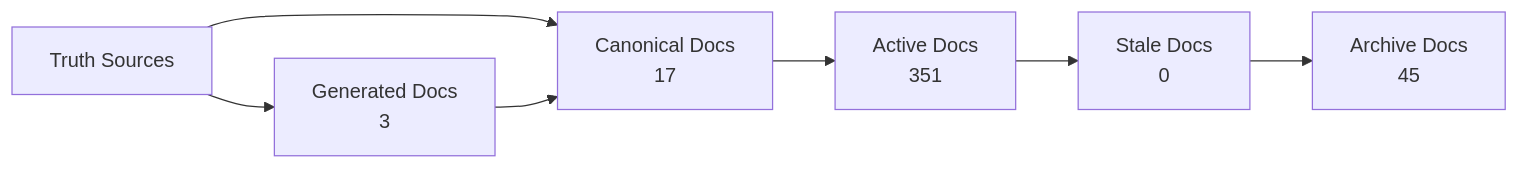
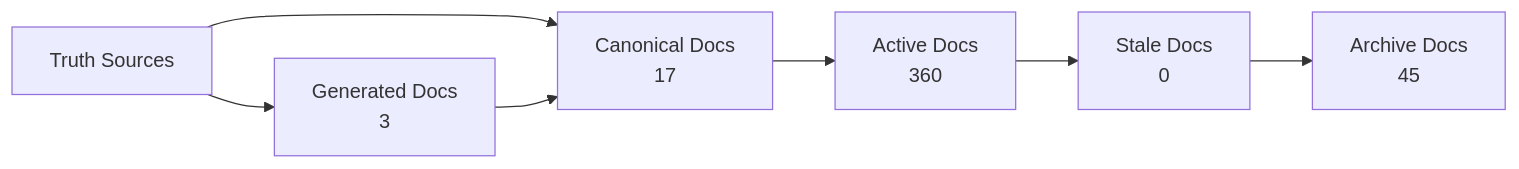
One commit to Latimer-Woods-Tech/Factory changed the diagram in docs/_generated/docs-trust-map.md. Above: the diagram before and after it, drawn with Mermaid. The commit also changed other lines of this file and 9 other files, not shown here.

````diff
--- a/docs/_generated/docs-trust-map.md
+++ b/docs/_generated/docs-trust-map.md
@@ -20,14 +20,14 @@
 ```mermaid
 flowchart LR
   truth["Truth Sources"] --> canonical["Canonical Docs"]
   canonical --> active["Active Docs"]
   active --> stale["Stale Docs"]
   stale --> archive["Archive Docs"]
   canonical["Canonical Docs\n17"]
-  active["Active Docs\n351"]
+  active["Active Docs\n360"]
   stale["Stale Docs\n0"]
   archive["Archive Docs\n45"]
   generated["Generated Docs\n3"]
   truth --> generated
   generated --> canonical
 ```
````
